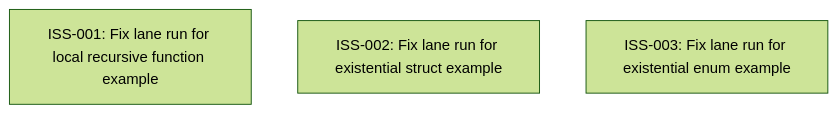
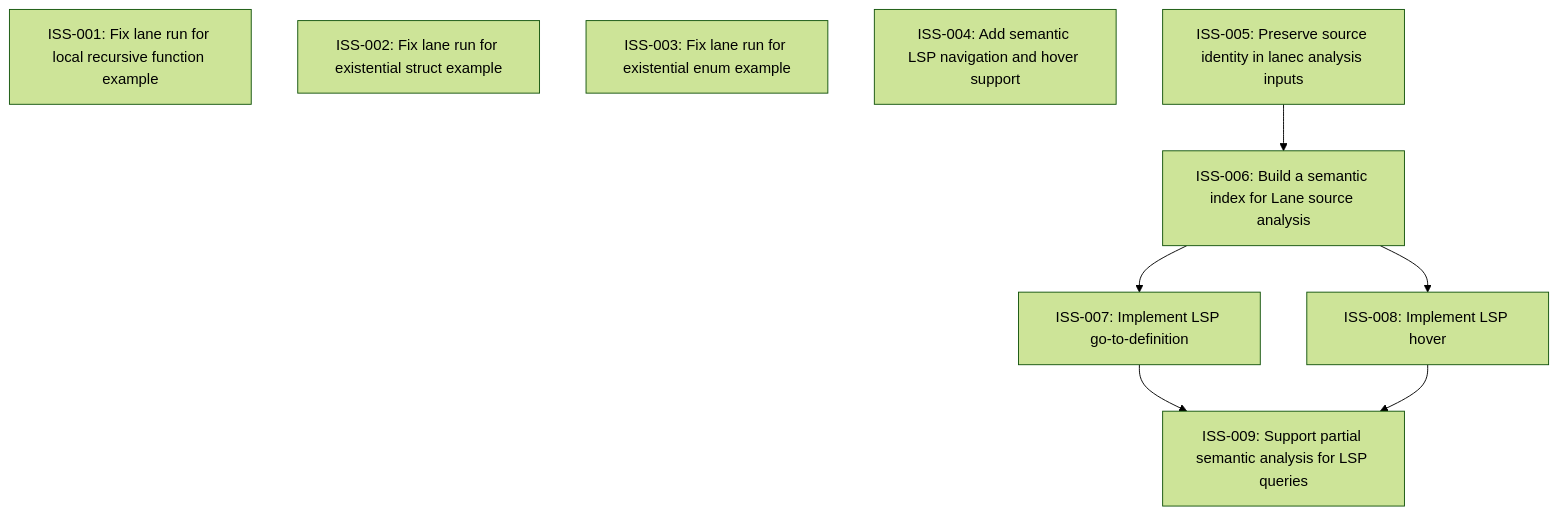
One commit to lanelang/lane changed the diagram in issues/README.md. Above: the diagram before and after it, drawn with Mermaid (forest theme). The commit also changed other lines of this file and 7 other files, not shown here.

Commit message:
Track semantic LSP navigation work

````diff
--- a/issues/README.md
+++ b/issues/README.md
@@ -15,6 +25,17 @@
 ```mermaid
 graph TD
   ISS_001["ISS-001: Fix lane run for local recursive function example"]
   ISS_002["ISS-002: Fix lane run for existential struct example"]
   ISS_003["ISS-003: Fix lane run for existential enum example"]
+  ISS_004["ISS-004: Add semantic LSP navigation and hover support"]
+  ISS_005["ISS-005: Preserve source identity in lanec analysis inputs"]
+  ISS_006["ISS-006: Build a semantic index for Lane source analysis"]
+  ISS_007["ISS-007: Implement LSP go-to-definition"]
+  ISS_008["ISS-008: Implement LSP hover"]
+  ISS_009["ISS-009: Support partial semantic analysis for LSP queries"]
+  ISS_005 --> ISS_006
+  ISS_006 --> ISS_007
+  ISS_006 --> ISS_008
+  ISS_007 --> ISS_009
+  ISS_008 --> ISS_009
 ```
````
